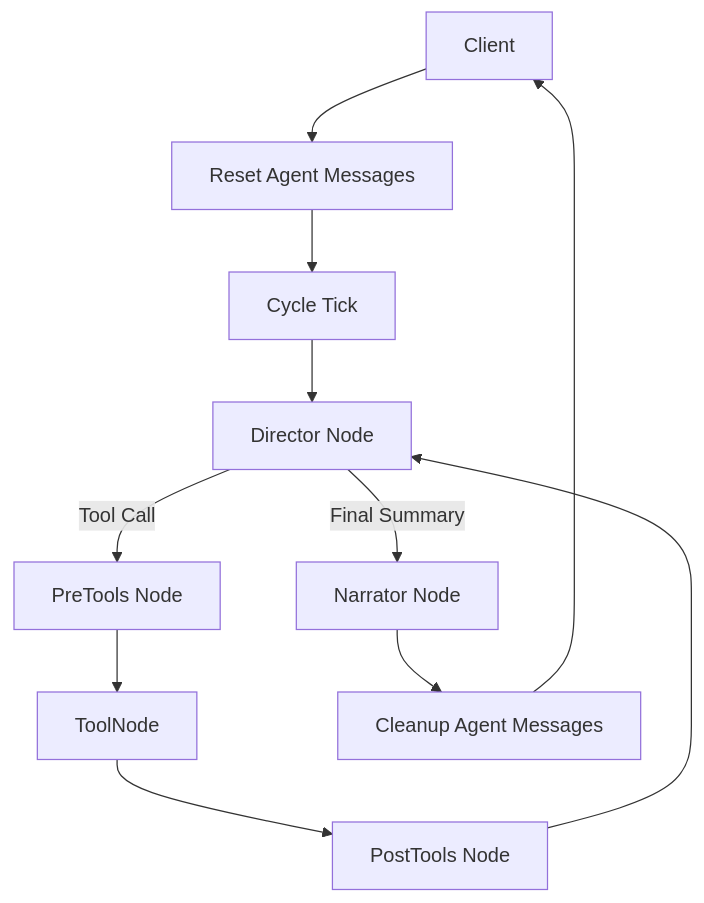
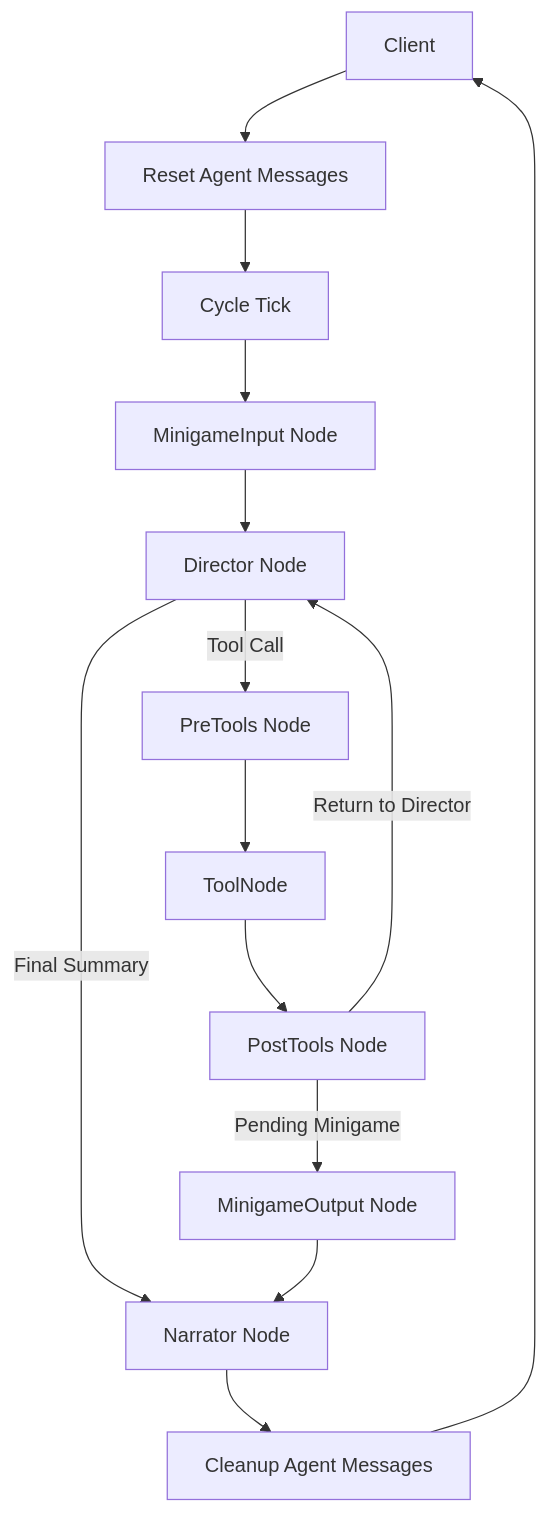
One commit to neolaw84/MnesOS changed the first of 2 diagrams in .agents/skills/mnesos-engine-development/references/design/architecture.md. Above: the diagram before and after it, drawn with Mermaid. The commit also changed other lines of this file and 16 other files, not shown here.

Commit message:
feat: add narrative hook tracking and structured reporting to minigame results and update agent graph architecture

````diff
--- a/.agents/skills/mnesos-engine-development/references/design/architecture.md
+++ b/.agents/skills/mnesos-engine-development/references/design/architecture.md
@@ -84,13 +84,16 @@
 ```mermaid
 graph TD
     Client[Client] --> Reset[Reset Agent Messages]
     Reset --> Cycle[Cycle Tick]
-    Cycle --> Director[Director Node]
+    Cycle --> MinigameInput[MinigameInput Node]
+    MinigameInput --> Director[Director Node]
     Director -->|Tool Call| PreTools[PreTools Node]
     Director -->|Final Summary| Narrator[Narrator Node]
     PreTools --> Tools[ToolNode]
     Tools --> PostTools[PostTools Node]
-    PostTools --> Director
+    PostTools -->|Return to Director| Director
+    PostTools -->|Pending Minigame| MinigameOutput[MinigameOutput Node]
+    MinigameOutput --> Narrator
     Narrator --> Cleanup[Cleanup Agent Messages]
     Cleanup --> Client
 ```
````
